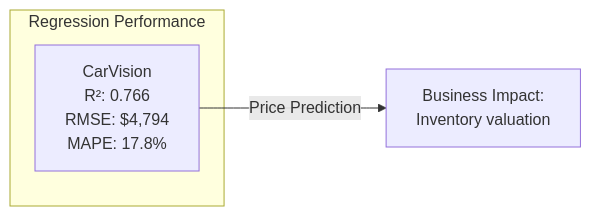
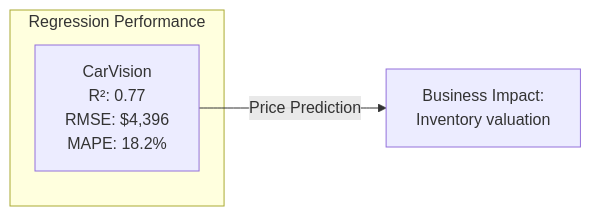
Before and after one commit to DuqueOM/ML-MLOps-Portfolio: the second of 2 diagrams in docs/projects/overview.md, drawn with Mermaid. The commit also changed other lines of this file and 36 other files, not shown here.

````diff
--- a/docs/projects/overview.md
+++ b/docs/projects/overview.md
@@ -48,8 +48,8 @@
 ```mermaid
 graph LR
     subgraph "Regression Performance"
-        CV["CarVision<br/>R²: 0.766<br/>RMSE: $4,794<br/>MAPE: 17.8%"]
+        CV["CarVision<br/>R²: 0.77<br/>RMSE: $4,396<br/>MAPE: 18.2%"]
     end
     
     CV -->|Price Prediction| CU[Business Impact:<br/>Inventory valuation]
 ```
````
